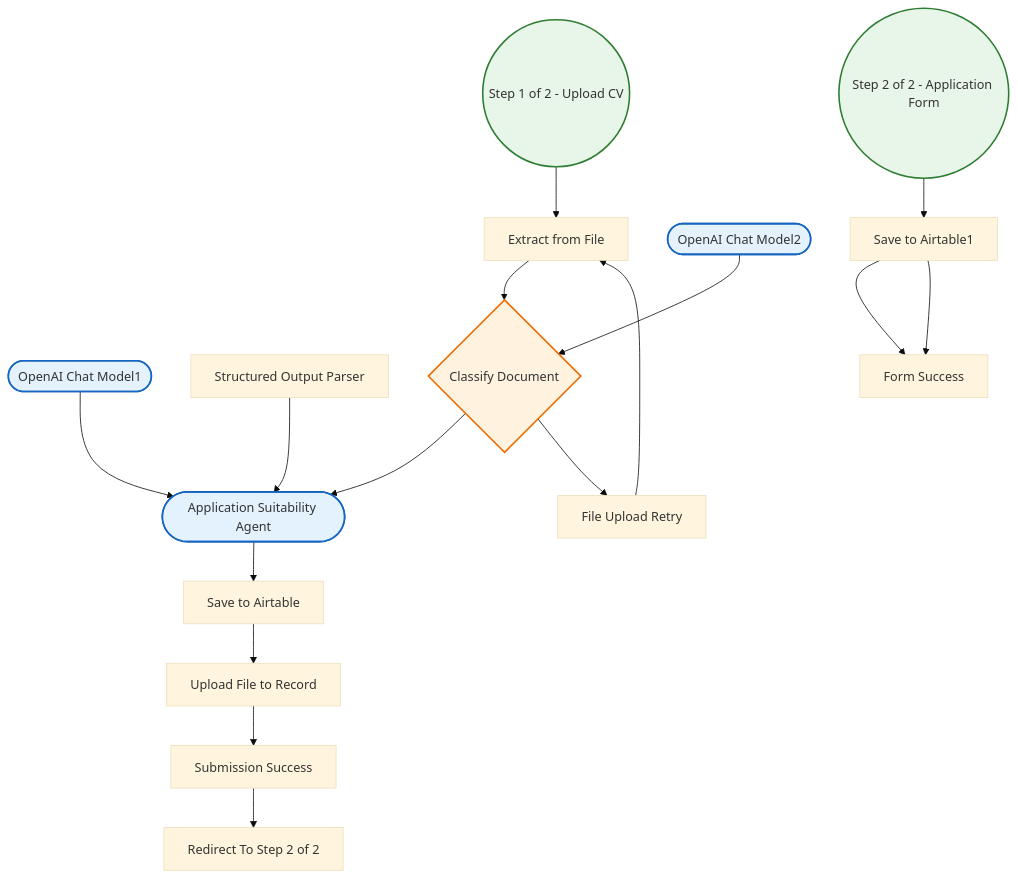
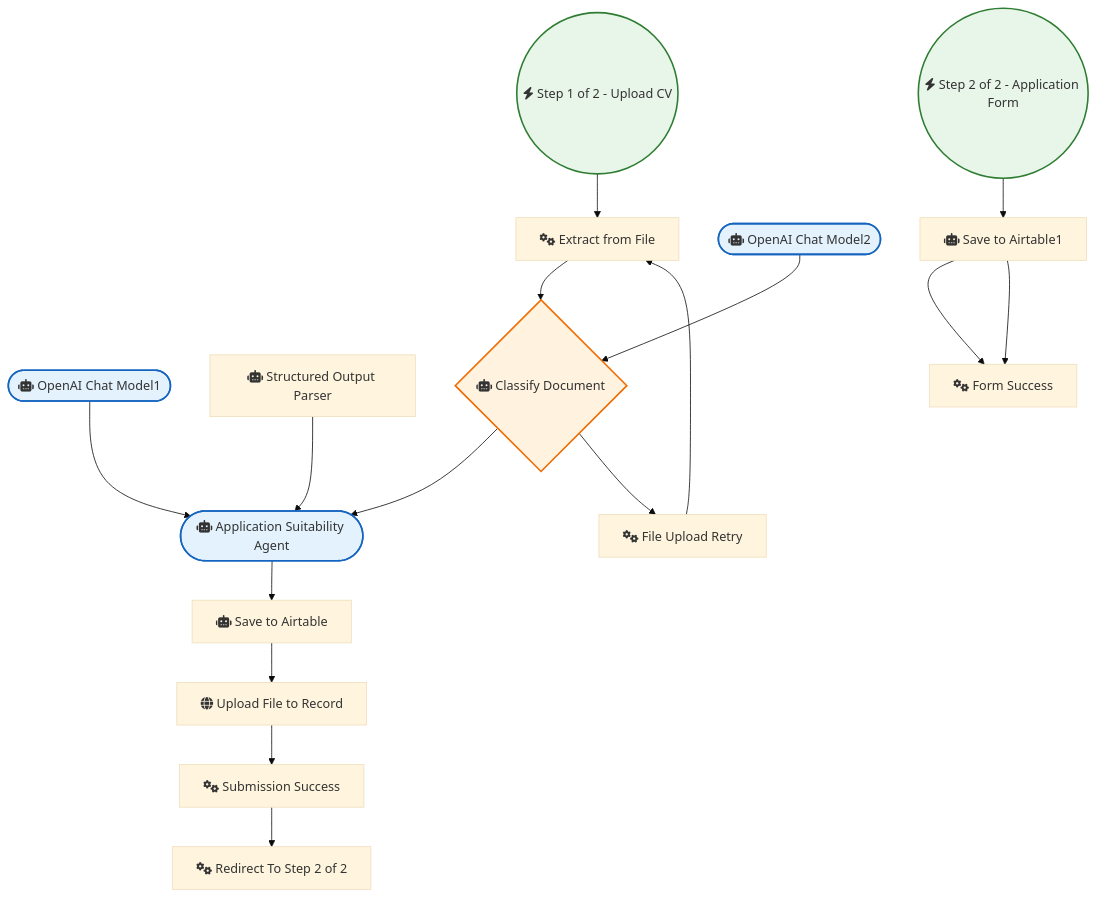
The diagram in Airtable/Handling Job Application Submissions with AI and n8n Forms.md (sreyash3105/N8N-DEMO-AUTOMATIONS), drawn with Mermaid (base theme) before and after one commit. The commit also changed 291 other files, not shown here.

````diff
--- a/Airtable/Handling Job Application Submissions with AI and n8n Forms.md
+++ b/Airtable/Handling Job Application Submissions with AI and n8n Forms.md
@@ -1,38 +1,38 @@
 ```mermaid
 graph TD
     classDef trigger fill:#e8f5e9,stroke:#2e7d32,stroke-width:2px;
     classDef ai fill:#e3f2fd,stroke:#1565c0,stroke-width:2px;
     classDef logic fill:#fff3e0,stroke:#ef6c00,stroke-width:2px;
 
-    Extract_from_File["Extract from File"]
-    OpenAI_Chat_Model1(["OpenAI Chat Model1"]):::ai
-    Structured_Output_Parser["Structured Output Parser"]
-    OpenAI_Chat_Model2(["OpenAI Chat Model2"]):::ai
-    Step_1_of_2___Upload_CV(("Step 1 of 2 - Upload CV")):::trigger
-    Save_to_Airtable["Save to Airtable"]
-    Classify_Document{"Classify Document"}:::logic
-    Upload_File_to_Record["Upload File to Record"]
-    Form_Success["Form Success"]
-    Save_to_Airtable1["Save to Airtable1"]
-    Step_2_of_2___Application_Form(("Step 2 of 2 - Application Form")):::trigger
-    Application_Suitability_Agent(["Application Suitability Agent"]):::ai
-    File_Upload_Retry["File Upload Retry"]
-    Redirect_To_Step_2_of_2["Redirect To Step 2 of 2"]
-    Submission_Success["Submission Success"]
+    Extract_from_File["fas:fa-cogs Extract from File"]
+    OpenAI_Chat_Model1(["fas:fa-robot OpenAI Chat Model1"]):::ai
+    Structured_Output_Parser["fas:fa-robot Structured Output Parser"]
+    OpenAI_Chat_Model2(["fas:fa-robot OpenAI Chat Model2"]):::ai
+    Step_1_of_2___Upload_CV(("fas:fa-bolt Step 1 of 2 - Upload CV")):::trigger
+    Save_to_Airtable["fas:fa-robot Save to Airtable"]
+    Classify_Document{"fas:fa-robot Classify Document"}:::logic
+    Upload_File_to_Record["fas:fa-globe Upload File to Record"]
+    Form_Success["fas:fa-cogs Form Success"]
+    Save_to_Airtable1["fas:fa-robot Save to Airtable1"]
+    Step_2_of_2___Application_Form(("fas:fa-bolt Step 2 of 2 - Application Form")):::trigger
+    Application_Suitability_Agent(["fas:fa-robot Application Suitability Agent"]):::ai
+    File_Upload_Retry["fas:fa-cogs File Upload Retry"]
+    Redirect_To_Step_2_of_2["fas:fa-cogs Redirect To Step 2 of 2"]
+    Submission_Success["fas:fa-cogs Submission Success"]
 
     Save_to_Airtable --> Upload_File_to_Record
     Classify_Document --> Application_Suitability_Agent
     Classify_Document --> File_Upload_Retry
     Extract_from_File --> Classify_Document
     File_Upload_Retry --> Extract_from_File
     Save_to_Airtable1 --> Form_Success
     Save_to_Airtable1 --> Form_Success
     OpenAI_Chat_Model1 --> Application_Suitability_Agent
     OpenAI_Chat_Model2 --> Classify_Document
     Submission_Success --> Redirect_To_Step_2_of_2
     Upload_File_to_Record --> Submission_Success
     Step_1_of_2___Upload_CV --> Extract_from_File
     Structured_Output_Parser --> Application_Suitability_Agent
     Application_Suitability_Agent --> Save_to_Airtable
     Step_2_of_2___Application_Form --> Save_to_Airtable1
 ```
````
